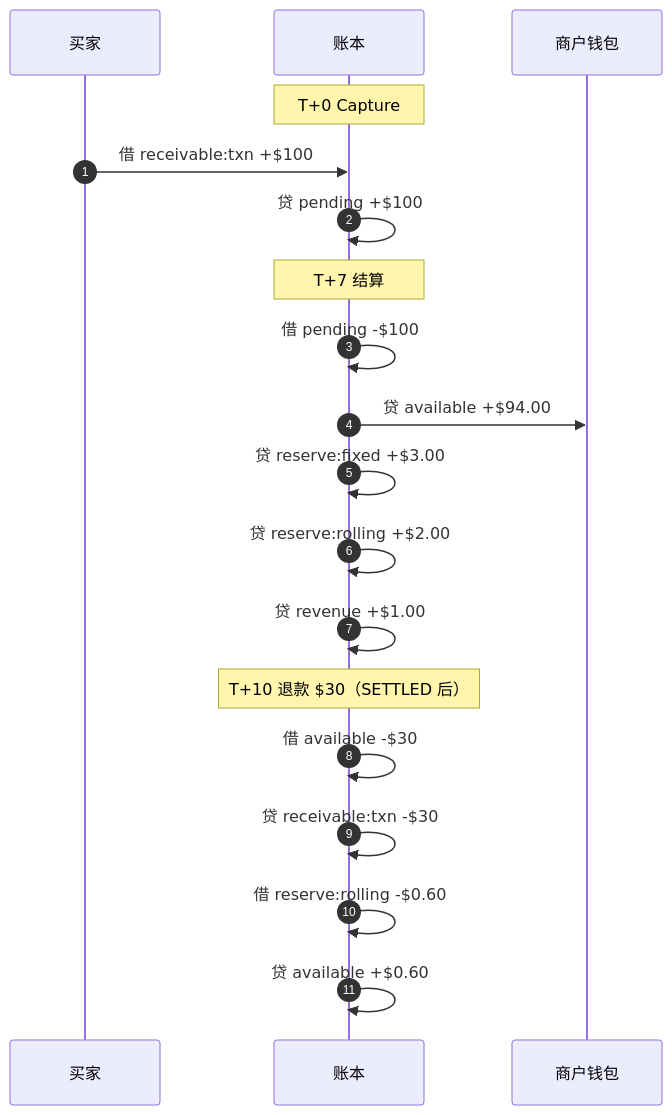
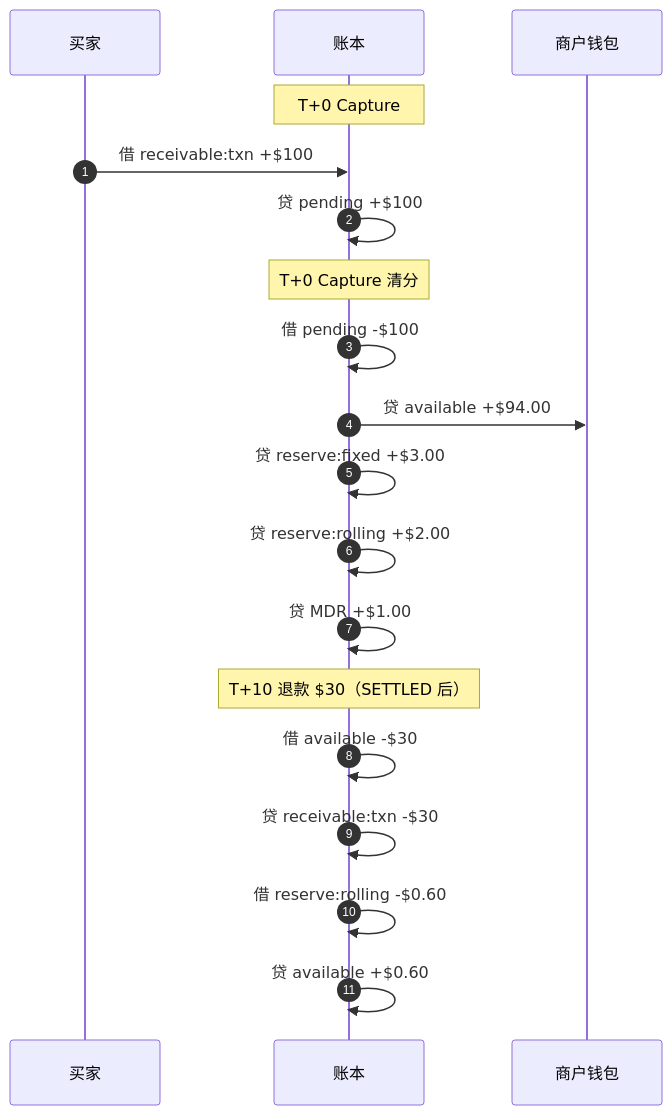
Before and after one commit to 1aboveio/wallet-architecture: the second of 3 diagrams in docs/acquiring-settlement-clearing.md, drawn with Mermaid. The commit also changed other lines of this file and 12 other files, not shown here.

````diff
--- a/docs/acquiring-settlement-clearing.md
+++ b/docs/acquiring-settlement-clearing.md
@@ -132,24 +132,24 @@
 ```mermaid
 sequenceDiagram
     autonumber
     participant C as 买家
     participant T as 账本
     participant M as 商户钱包
 
     Note over T: T+0 Capture
     C->>T: 借 receivable:txn +$100
     T->>T: 贷 pending +$100
 
-    Note over T: T+7 结算
+    Note over T: T+0 Capture 清分
     T->>T: 借 pending -$100
     T->>M: 贷 available +$94.00
     T->>T: 贷 reserve:fixed +$3.00
     T->>T: 贷 reserve:rolling +$2.00
-    T->>T: 贷 revenue +$1.00
+    T->>T: 贷 MDR +$1.00
 
     Note over T: T+10 退款 $30（SETTLED 后）
     T->>T: 借 available -$30
     T->>T: 贷 receivable:txn -$30
     T->>T: 借 reserve:rolling -$0.60
     T->>T: 贷 available +$0.60
 ```
````
